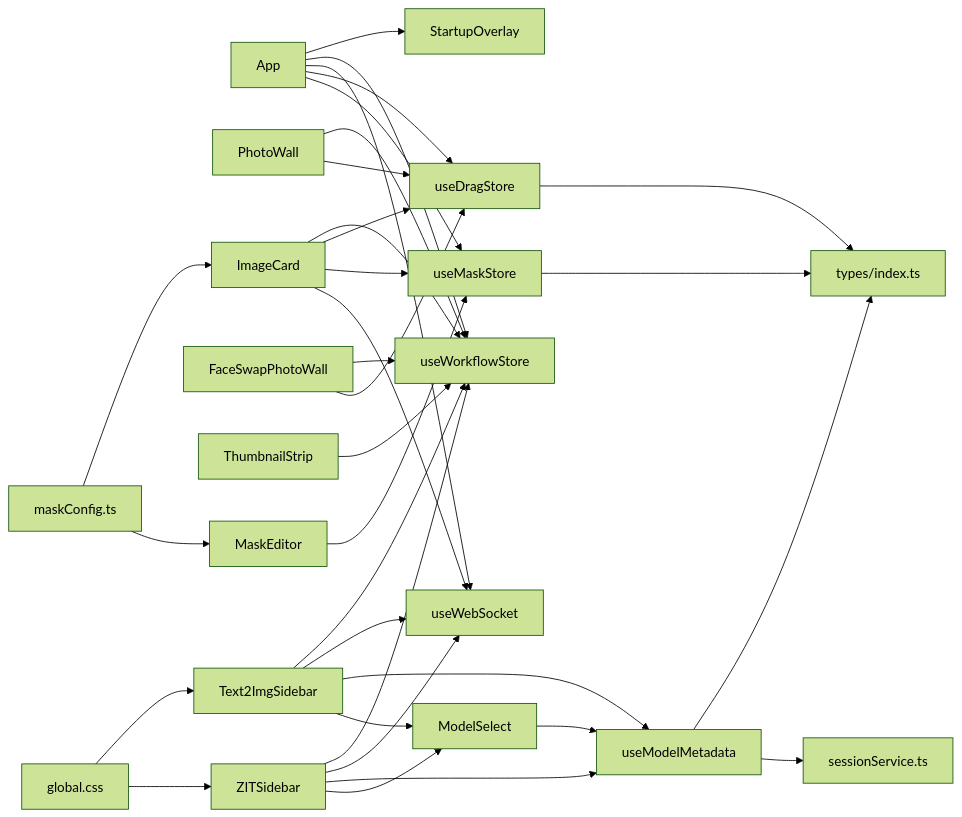
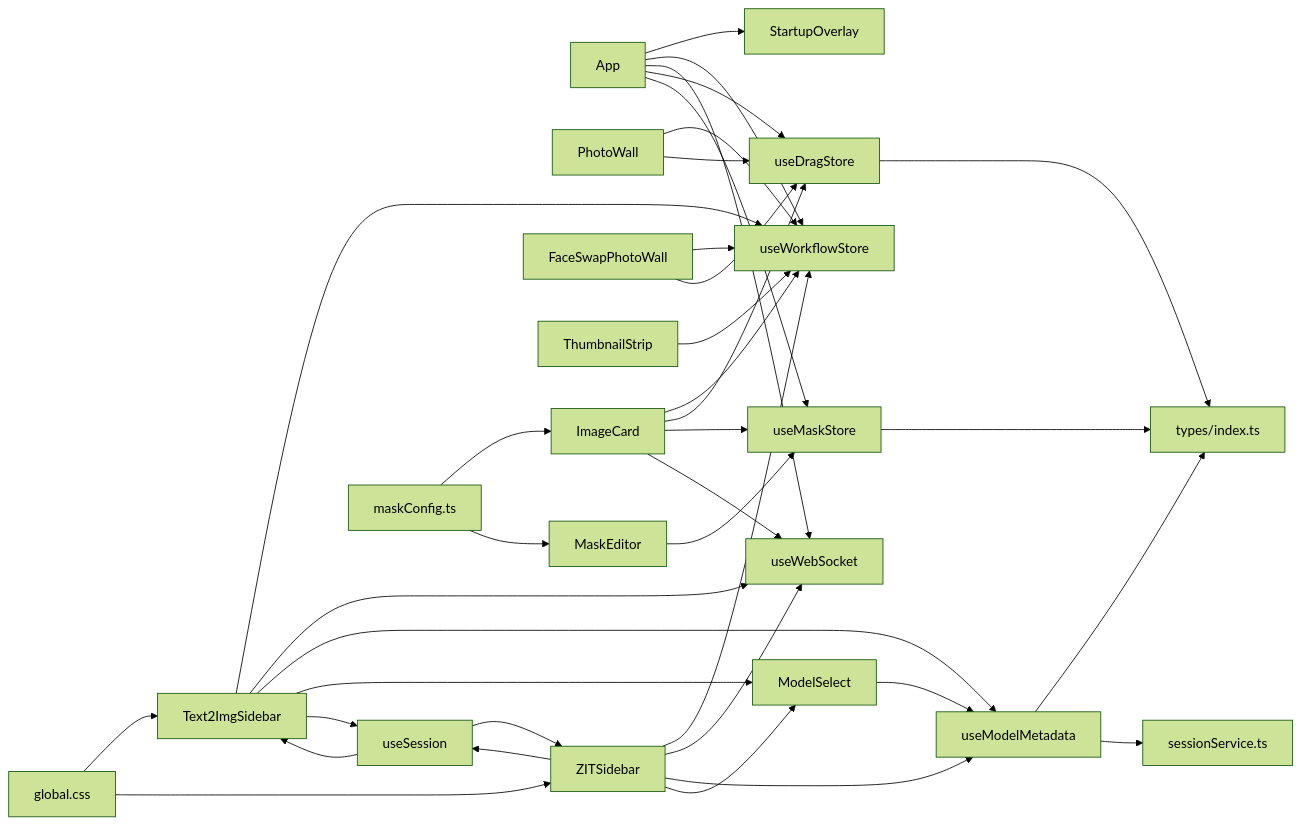
One commit to billye220670/CorineKit_Pix2Real changed diagram 11 of 11 in .qoder/repowiki/zh/content/前端应用/React 组件体系.md. Above: the diagram before and after it, drawn with Mermaid (forest theme). The commit also changed other lines of this file and 73 other files, not shown here.

````diff
--- a/.qoder/repowiki/zh/content/前端应用/React 组件体系.md
+++ b/.qoder/repowiki/zh/content/前端应用/React 组件体系.md
@@ -567,35 +591,39 @@
 ```mermaid
 graph LR
 APP["App"] --> SO["StartupOverlay"]
 APP --> WFS["useWorkflowStore"]
 APP --> WS["useWebSocket"]
 APP --> DRAG["useDragStore"]
 APP --> MASK["useMaskStore"]
 PW["PhotoWall"] --> WFS
 PW --> DRAG
 IC["ImageCard"] --> WFS
 IC --> DRAG
 IC --> MASK
 IC --> WS
 FSPW["FaceSwapPhotoWall"] --> WFS
 FSPW --> DRAG
 TS["ThumbnailStrip"] --> WFS
 ME["MaskEditor"] --> MASK
 T2IS["Text2ImgSidebar"] --> WFS
 T2IS --> WS
 T2IS --> MM["useModelMetadata"]
 T2IS --> MS["ModelSelect"]
+T2IS --> US["useSession"]
 ZITS["ZITSidebar"] --> WFS
 ZITS --> WS
 ZITS --> MM
 ZITS --> MS
+ZITS --> US
 MS --> MM
+US --> T2IS
+US --> ZITS
 MM --> TYPES["types/index.ts"]
 MM --> SS["sessionService.ts"]
 DRAG --> TYPES
 MASK --> TYPES
 CONFIG["maskConfig.ts"] --> IC
 CONFIG --> ME
 GC["global.css"] --> T2IS
 GC --> ZITS
 ```
````
